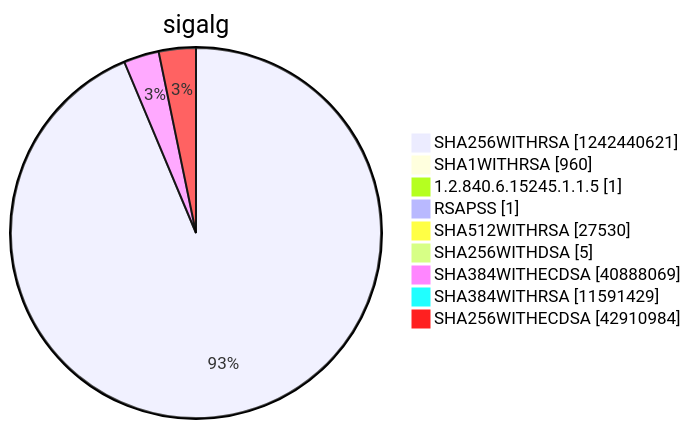
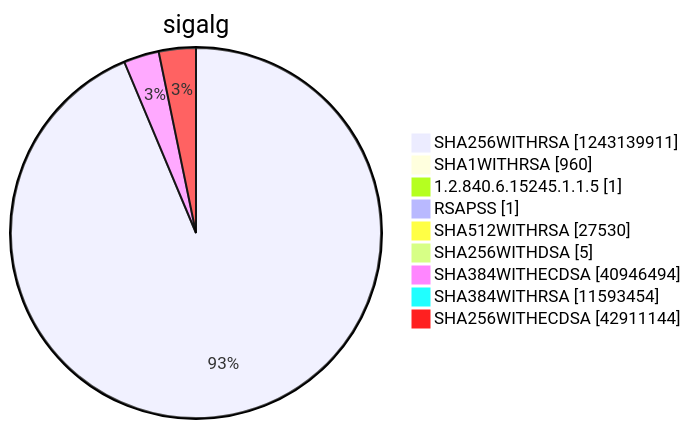
Diagram 15 of 15 in argon2022/README.md (christiankrug/ctmonitor_visualization), drawn with Mermaid before and after one commit. The commit also changed other lines of this file, not shown here.

````diff
--- a/argon2022/README.md
+++ b/argon2022/README.md
@@ -5522,13 +5522,13 @@
 ```mermaid
 pie showData
 title sigalg
-"SHA256WITHRSA" :1242440621
+"SHA256WITHRSA" :1243139911
 "SHA1WITHRSA" :960
 "1.2.840.6.15245.1.1.5" :1
 "RSAPSS" :1
 "SHA512WITHRSA" :27530
 "SHA256WITHDSA" :5
-"SHA384WITHECDSA" :40888069
-"SHA384WITHRSA" :11591429
-"SHA256WITHECDSA" :42910984
+"SHA384WITHECDSA" :40946494
+"SHA384WITHRSA" :11593454
+"SHA256WITHECDSA" :42911144
 ```
````
